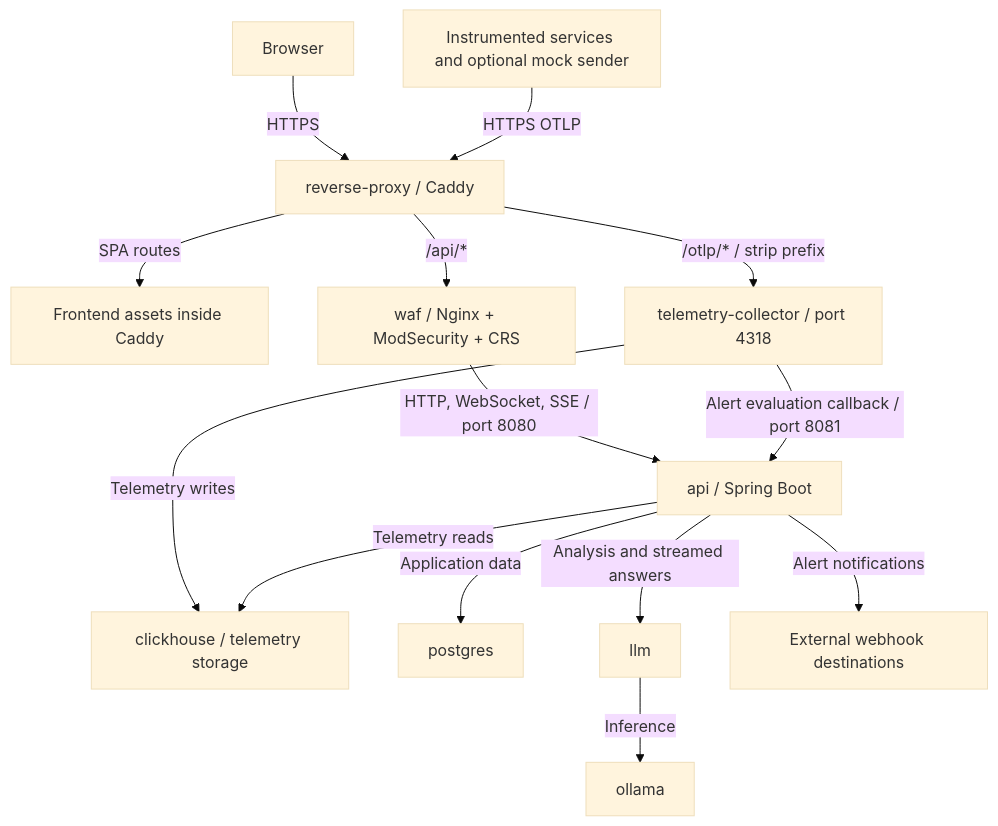
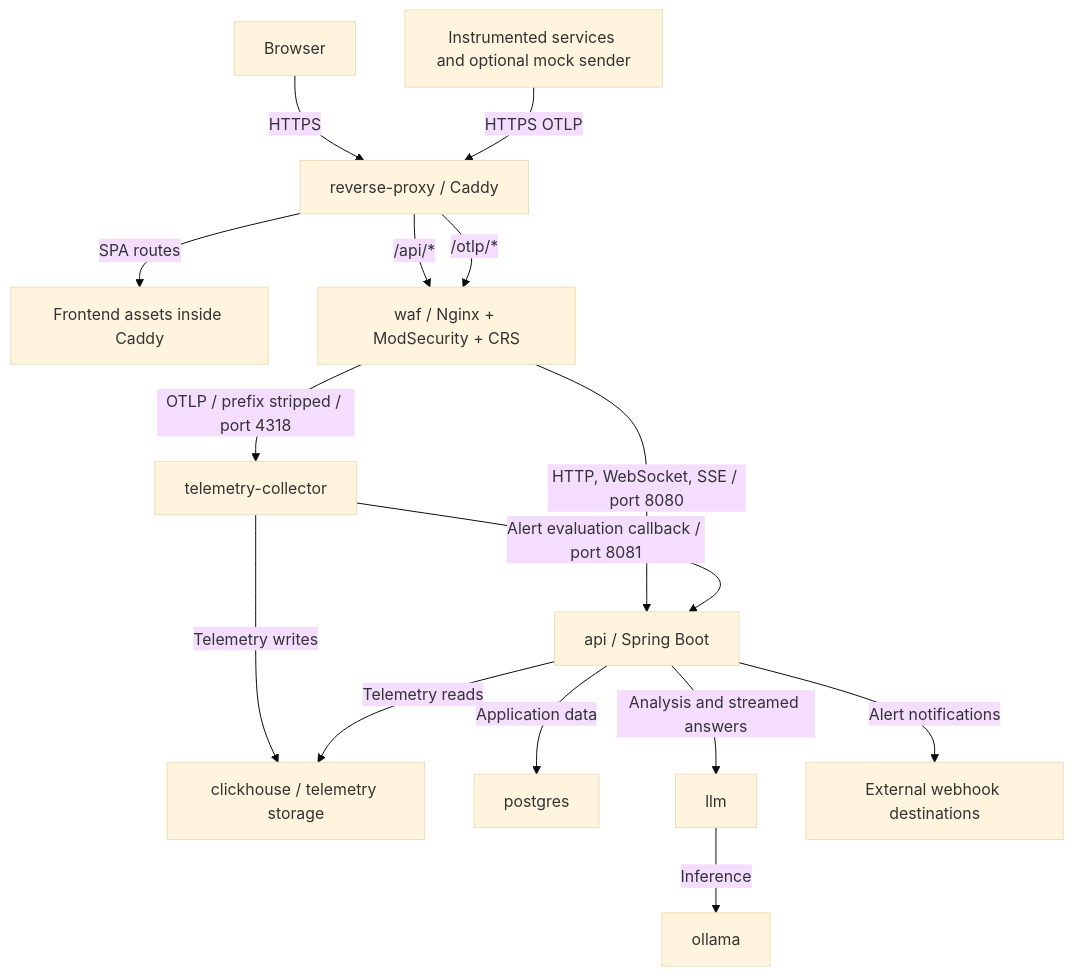
One commit to ELamraniG/vigil changed the first of 4 diagrams in security/SECURITY-DESIGN.md. Above: the diagram before and after it, drawn with Mermaid (base theme). The commit also changed other lines of this file and 2 other files, not shown here.

````diff
--- a/security/SECURITY-DESIGN.md
+++ b/security/SECURITY-DESIGN.md
@@ -7,16 +7,17 @@
 ```mermaid
 flowchart TD
     Browser[Browser] -->|HTTPS| Caddy[reverse-proxy / Caddy]
     Producers[Instrumented services and optional mock sender] -->|HTTPS OTLP| Caddy
     Caddy -->|SPA routes| Frontend[Frontend assets inside Caddy]
     Caddy -->|/api/*| WAF[waf / Nginx + ModSecurity + CRS]
-    Caddy -->|/otlp/* / strip prefix| Collector[telemetry-collector / port 4318]
+    Caddy -->|/otlp/*| WAF
+    WAF -->|OTLP / prefix stripped / port 4318| Collector[telemetry-collector]
     WAF -->|HTTP, WebSocket, SSE / port 8080| API[api / Spring Boot]
     Collector -->|Telemetry writes| Clickhouse[clickhouse / telemetry storage]
     Collector -->|Alert evaluation callback / port 8081| API
     API -->|Application data| Postgres[postgres]
     API -->|Telemetry reads| Clickhouse
     API -->|Analysis and streamed answers| LLM[llm]
     LLM -->|Inference| Ollama[ollama]
     API -->|Alert notifications| Webhooks[External webhook destinations]
 ```
````
